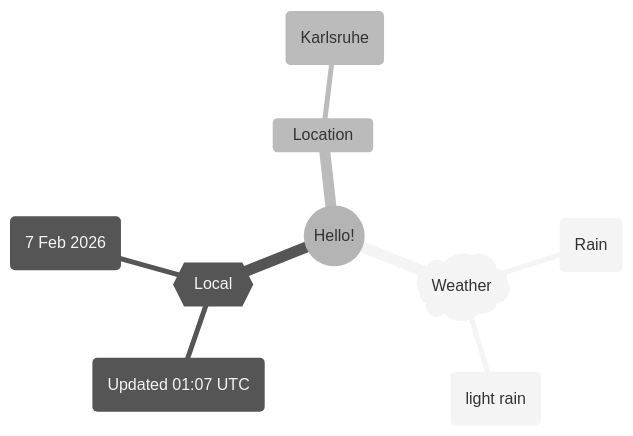
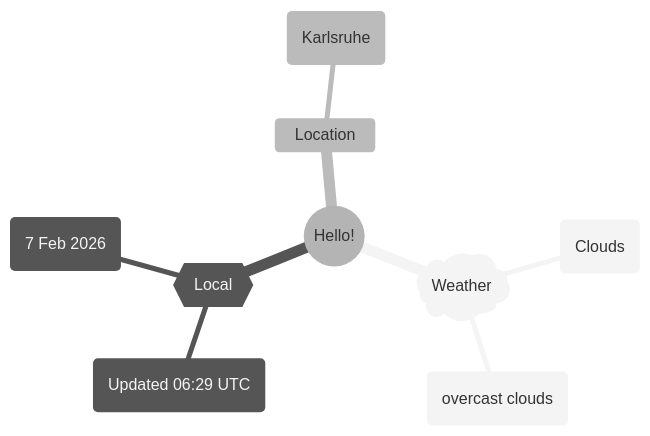
One commit to Xosrov/Xosrov changed the first of 2 diagrams in README.md. Above: the diagram before and after it, drawn with Mermaid (neutral theme).

Commit message:
[bot] updated images

````diff
--- a/README.md
+++ b/README.md
@@ -3,12 +3,12 @@
 ```mermaid
 mindmap
   root((Hello!))
     )Weather(
-        (Rain)
-        (light rain)
+        (Clouds)
+        (overcast clouds)
     {{Local}}
-        (Updated 01:07 UTC)
+        (Updated 06:29 UTC)
         (7 Feb 2026)
     Location
         (Karlsruhe)
 ```
````
